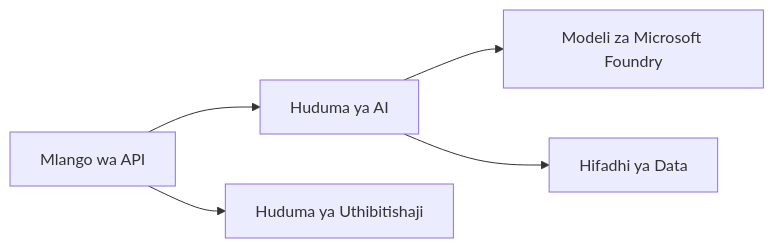
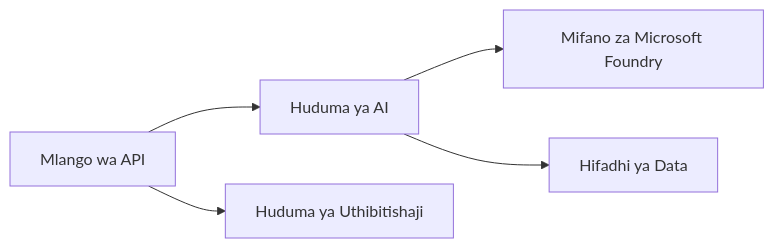
Before and after one commit to microsoft/AZD-for-beginners: the first of 2 diagrams in translations/sw/docs/chapter-08-production/README.md, drawn with Mermaid. The commit also changed other lines of this file and 101 other files, not shown here.

````diff
--- a/translations/sw/docs/chapter-08-production/README.md
+++ b/translations/sw/docs/chapter-08-production/README.md
@@ -46,6 +48,6 @@
 ```mermaid
 graph LR
-    Gateway[Mlango wa API] --> AI[Huduma ya AI] --> Models[Modeli za Microsoft Foundry]
+    Gateway[Mlango wa API] --> AI[Huduma ya AI] --> Models[Mifano za Microsoft Foundry]
     Gateway --> Auth[Huduma ya Uthibitishaji]
     AI --> Data[Hifadhi ya Data]
 ```
````
